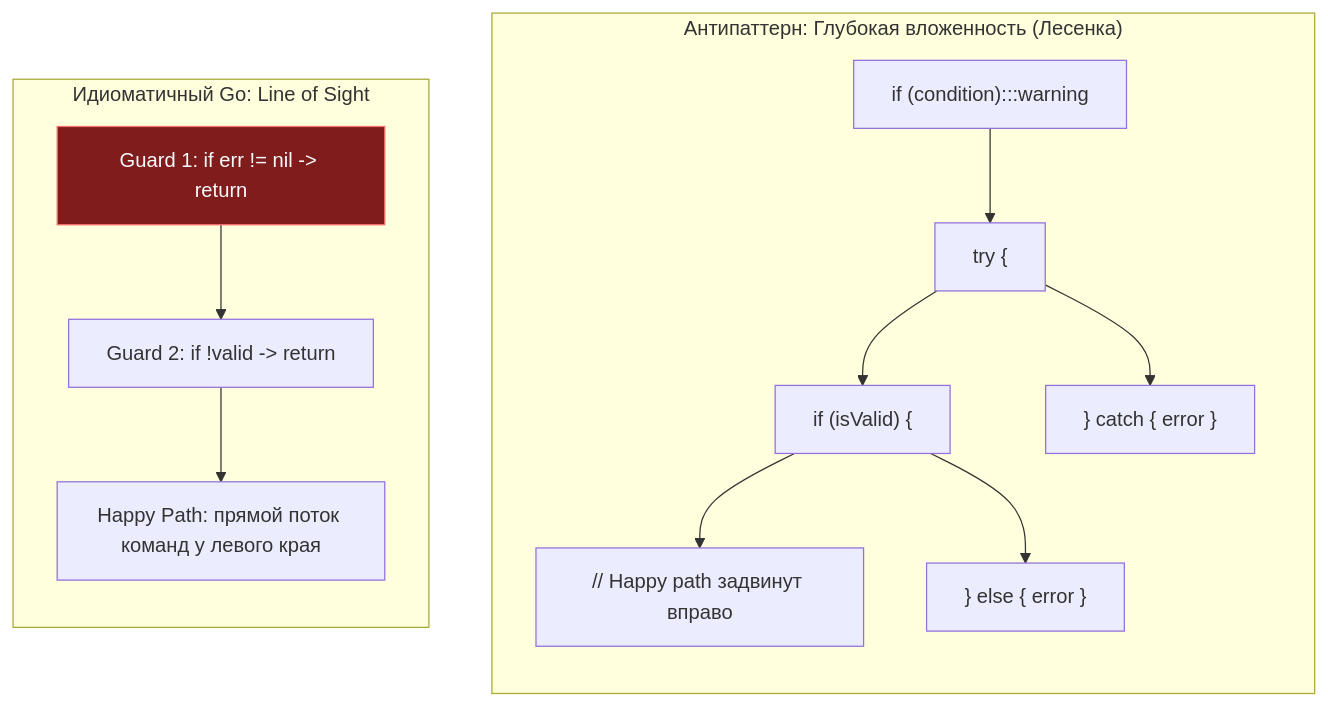
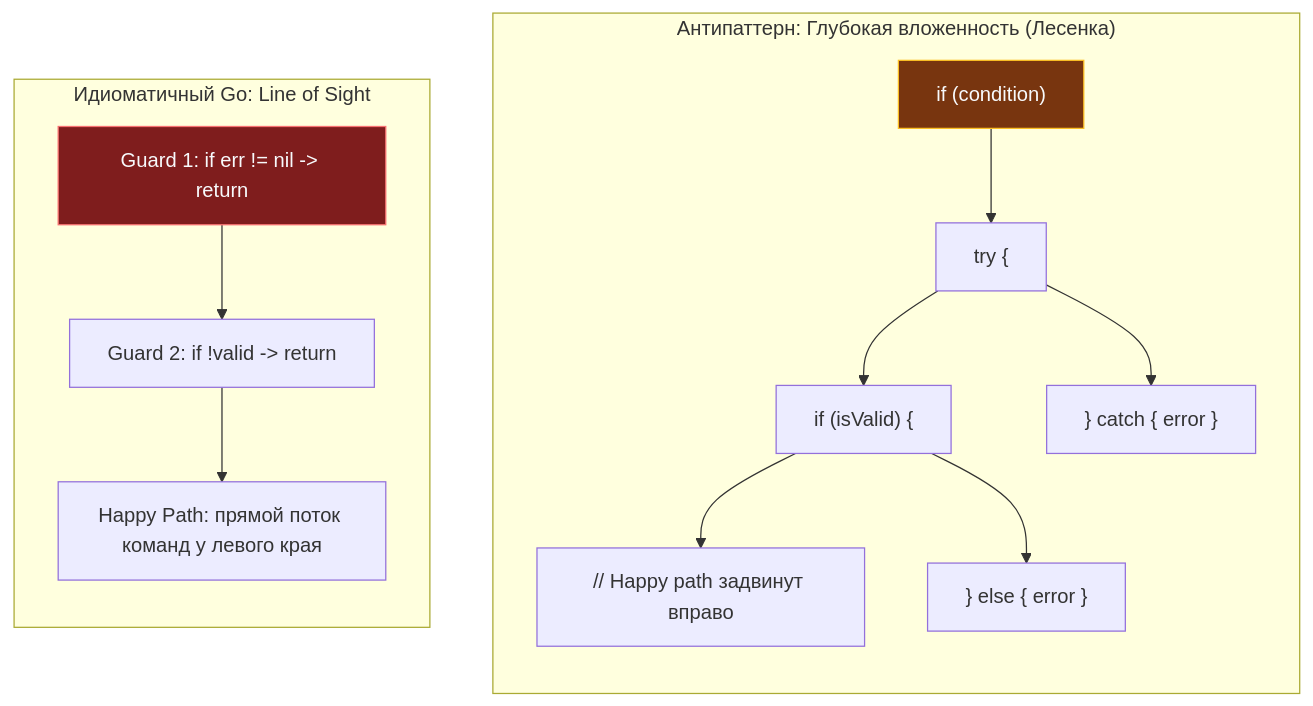
One commit to UnrealTemplier/go-textbook-ru changed the first of 2 diagrams in sources/4. История и философия Go/6. Idiomatic Go. Что значит писать по-goшному.md. Above: the diagram before and after it, drawn with Mermaid. The commit also changed 166 other files, not shown here.

First line of the commit message:
fix(mermaid): move :::class out of quoted node labels

````diff
--- a/sources/4. История и философия Go/6. Idiomatic Go. Что значит писать по-goшному.md
+++ b/sources/4. История и философия Go/6. Idiomatic Go. Что значит писать по-goшному.md
@@ -22,27 +22,27 @@
 ```mermaid
 flowchart TD
     classDef process  fill:#1e293b,stroke:#38bdf8,stroke-width:1px,color:#f8fafc
     classDef success  fill:#064e3b,stroke:#34d399,stroke-width:1px,color:#f8fafc
     classDef error    fill:#7f1d1d,stroke:#f87171,stroke-width:1px,color:#f8fafc
     classDef warning  fill:#78350f,stroke:#fbbf24,stroke-width:1px,color:#f8fafc
     classDef entry    fill:#1e3a5f,stroke:#38bdf8,stroke-width:2px,color:#f8fafc
     classDef aux      fill:#334155,stroke:#64748b,stroke-width:1px,color:#f8fafc
     classDef system   fill:#312e81,stroke:#a78bfa,stroke-width:1px,color:#f8fafc
     classDef data     fill:#132d29,stroke:#2dd4bf,stroke-width:1px,color:#f8fafc
     classDef network  fill:#881337,stroke:#fb7185,stroke-width:1px,color:#f8fafc
     classDef accent   fill:#1e1b4b,stroke:#818cf8,stroke-width:1px,color:#f8fafc
     subgraph Arrowhead["Антипаттерн: Глубокая вложенность (Лесенка)"]
         direction TB
-        A["if (condition):::warning"] --> B["  try {"]
+        A["if (condition)"]:::warning --> B["  try {"]
         B --> C["    if (isValid) {"]
         C --> D["      // Happy path задвинут вправо"]
         C --> E["    } else { error }"]
         B --> F["  } catch { error }"]
     end
 
     subgraph LineOfSight["Идиоматичный Go: Line of Sight"]
         direction TB
         G["Guard 1: if err != nil -> return"]:::error --> H["Guard 2: if !valid -> return"]
         H --> I["Happy Path: прямой поток команд у левого края"]
     end
 ```
````
